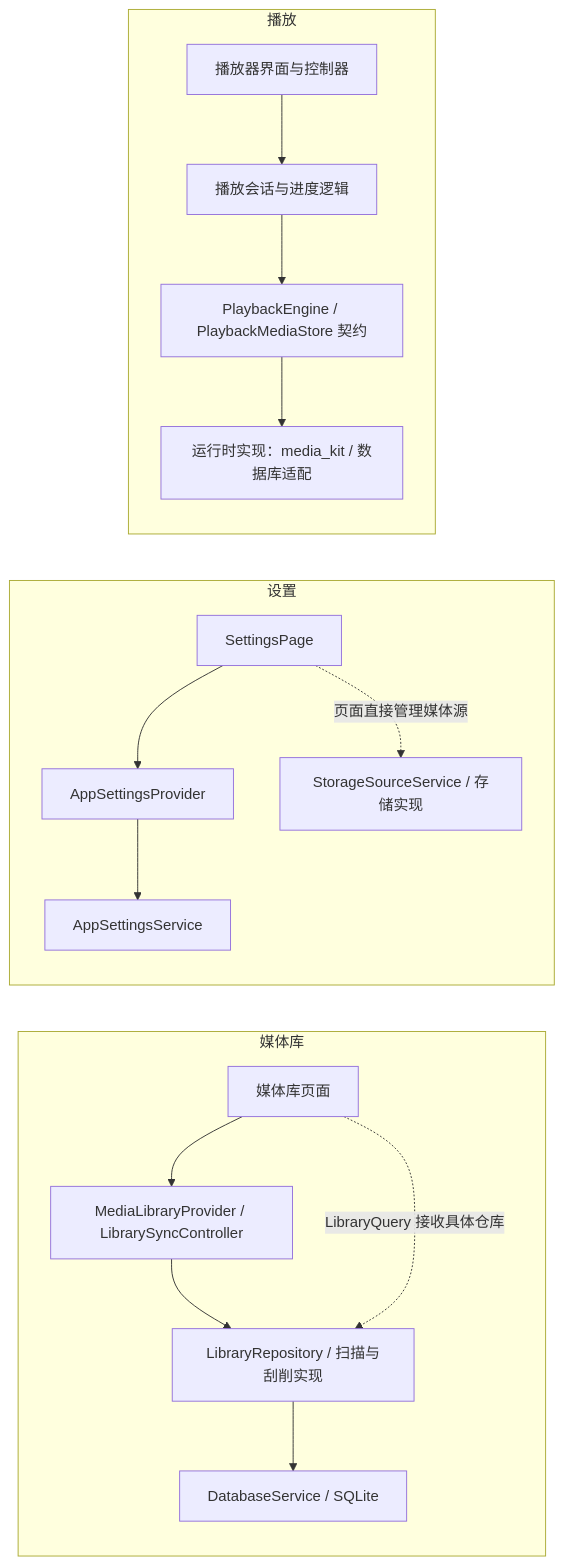
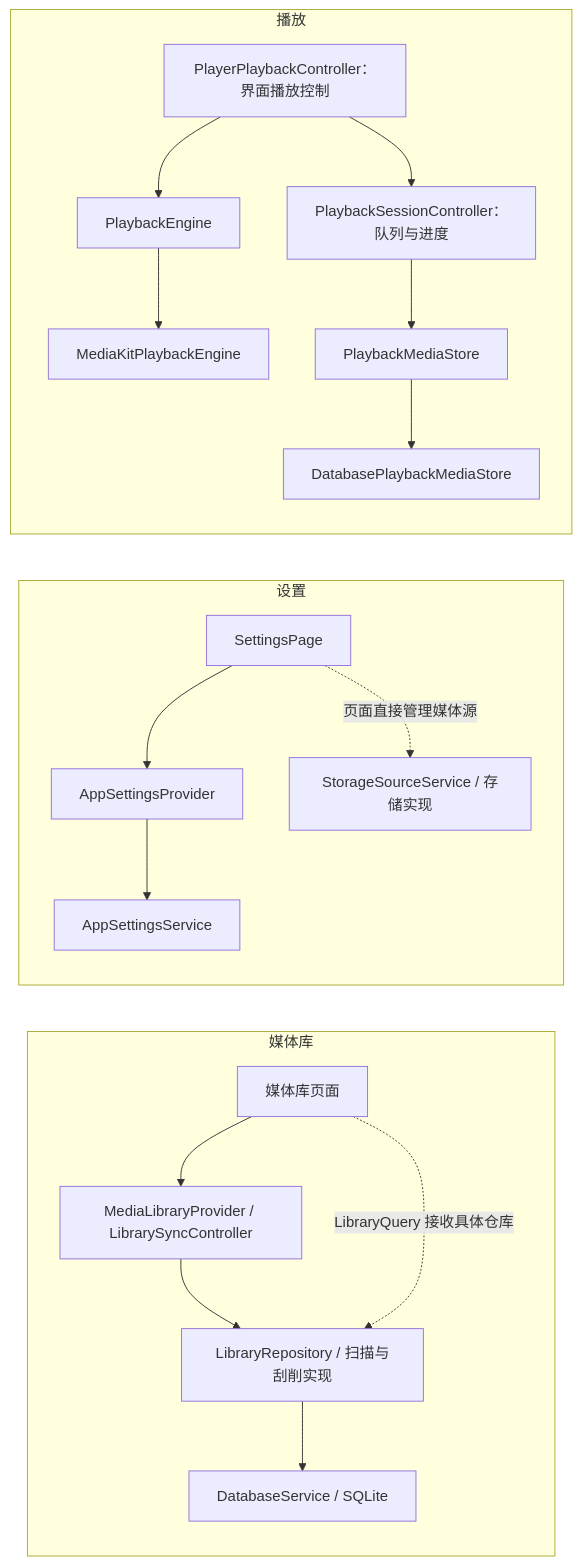
The third of 4 diagrams in docs/architecture/overview.md (sen-to/mochi_player), drawn with Mermaid before and after one commit. The commit also changed other lines of this file and 45 other files, not shown here.

First line of the commit message:
refactor(media,database): 重构剧集标识与数据库schema

````diff
--- a/docs/architecture/overview.md
+++ b/docs/architecture/overview.md
@@ -70,19 +88,21 @@
 ```mermaid
 flowchart LR
   subgraph LibraryPath["媒体库"]
     LibraryPage["媒体库页面"] --> LibraryApp["MediaLibraryProvider / LibrarySyncController"]
     LibraryApp --> Repository["LibraryRepository / 扫描与刮削实现"]
     Repository --> Database["DatabaseService / SQLite"]
     LibraryPage -. "LibraryQuery 接收具体仓库" .-> Repository
   end
   subgraph SettingsPath["设置"]
     SettingsPage["SettingsPage"] --> SettingsApp["AppSettingsProvider"]
     SettingsApp --> Preferences["AppSettingsService"]
     SettingsPage -. "页面直接管理媒体源" .-> Storage["StorageSourceService / 存储实现"]
   end
   subgraph PlaybackPath["播放"]
-    Player["播放器界面与控制器"] --> Session["播放会话与进度逻辑"]
-    Session --> Contract["PlaybackEngine / PlaybackMediaStore 契约"]
-    Contract --> Backend["运行时实现：media_kit / 数据库适配"]
+    Player["PlayerPlaybackController：界面播放控制"] --> Session["PlaybackSessionController：队列与进度"]
+    Player --> EngineContract["PlaybackEngine"]
+    EngineContract --> Backend["MediaKitPlaybackEngine"]
+    Session --> StoreContract["PlaybackMediaStore"]
+    StoreContract --> Store["DatabasePlaybackMediaStore"]
   end
 ```
````
